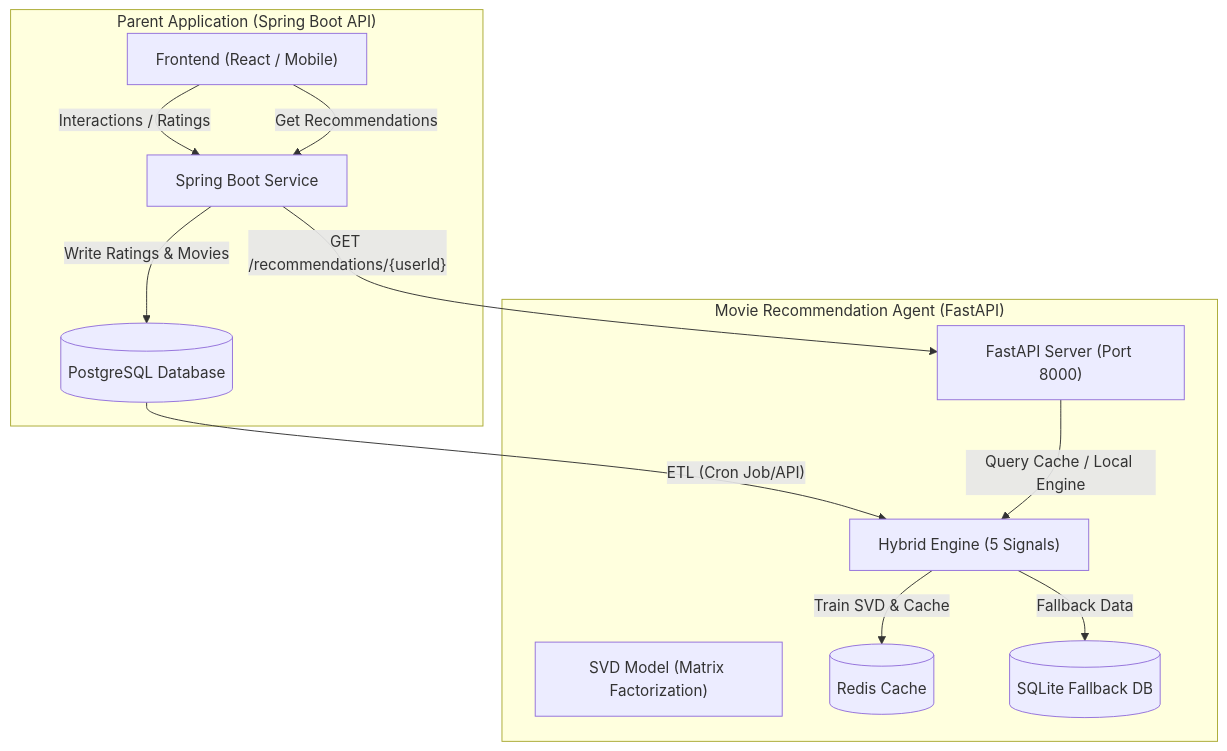
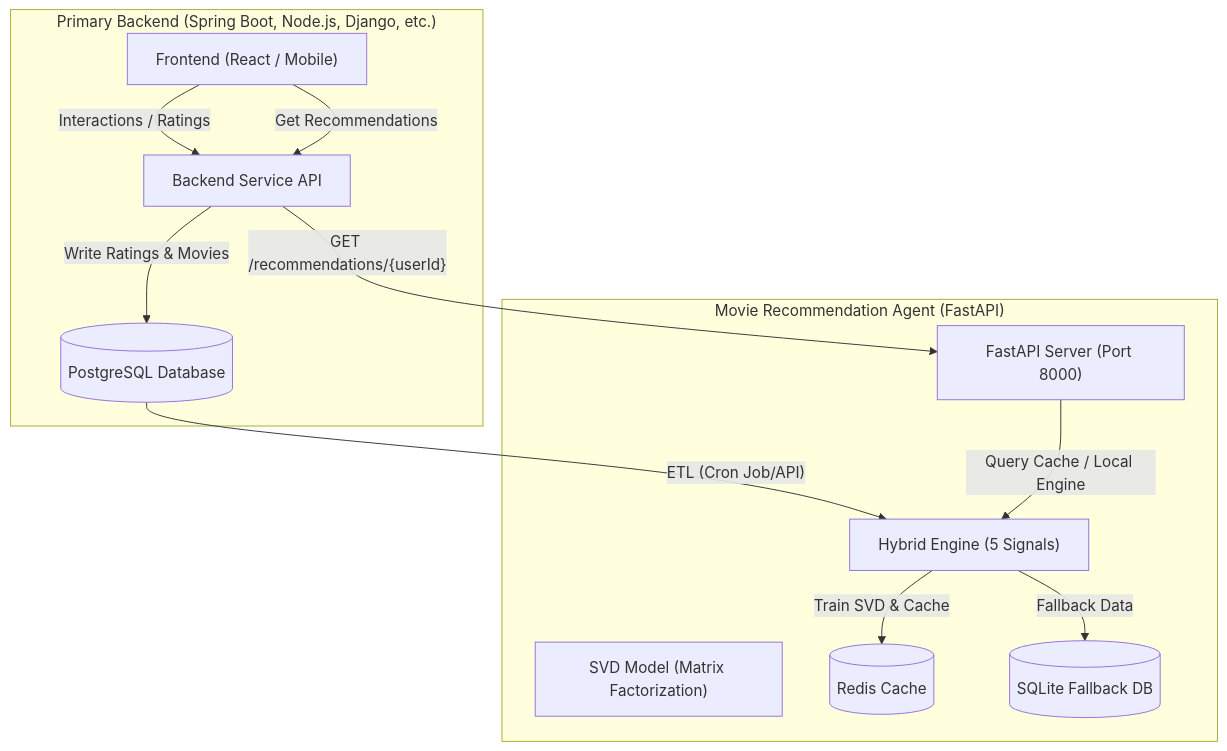
One commit to uongthanhtu/Movie-Recommendation-Hybrid-Engine changed the diagram in README.md. Above: the diagram before and after it, drawn with Mermaid. The commit also changed other lines of this file, not shown here.

Commit message:
docs: generalize primary backend integration with both Java and TypeScript examples

````diff
--- a/README.md
+++ b/README.md
@@ -11,25 +11,25 @@
 ```mermaid
 graph TD
-    subgraph "Parent Application (Spring Boot API)"
+    subgraph "Primary Backend (Spring Boot, Node.js, Django, etc.)"
         FE["Frontend (React / Mobile)"]
-        SPRING["Spring Boot Service"]
+        BACKEND["Backend Service API"]
         DB_PROD[("PostgreSQL Database")]
     end
 
     subgraph "Movie Recommendation Agent (FastAPI)"
         FAST["FastAPI Server (Port 8000)"]
         HYBRID["Hybrid Engine (5 Signals)"]
         SVD["SVD Model (Matrix Factorization)"]
         REDIS[("Redis Cache")]
         DB_DEV[("SQLite Fallback DB")]
     end
 
-    FE -->|"Interactions / Ratings"| SPRING
-    SPRING -->|"Write Ratings & Movies"| DB_PROD
+    FE -->|"Interactions / Ratings"| BACKEND
+    BACKEND -->|"Write Ratings & Movies"| DB_PROD
     DB_PROD -->|"ETL (Cron Job/API)"| HYBRID
     HYBRID -->|"Train SVD & Cache"| REDIS
     HYBRID -->|"Fallback Data"| DB_DEV
-    SPRING -->|"GET /recommendations/{userId}"| FAST
+    BACKEND -->|"GET /recommendations/{userId}"| FAST
     FAST -->|"Query Cache / Local Engine"| HYBRID
-    FE -->|"Get Recommendations"| SPRING
+    FE -->|"Get Recommendations"| BACKEND
 ```
````
